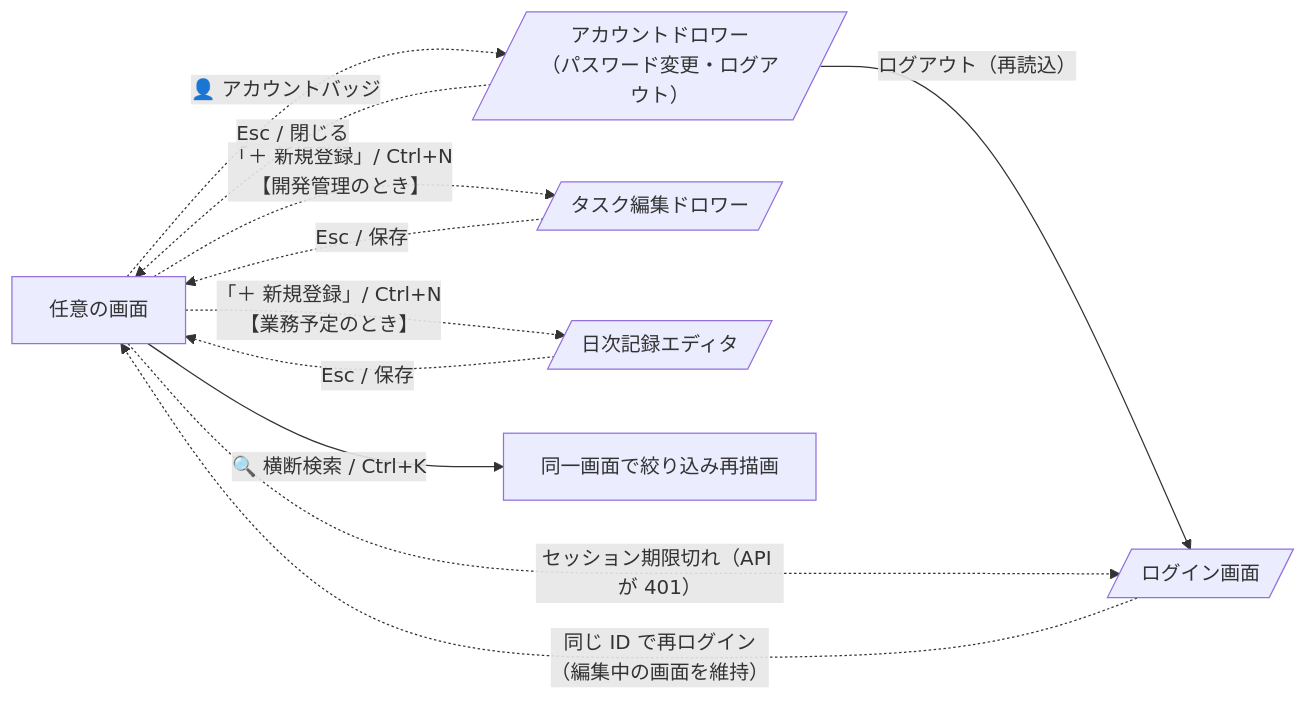
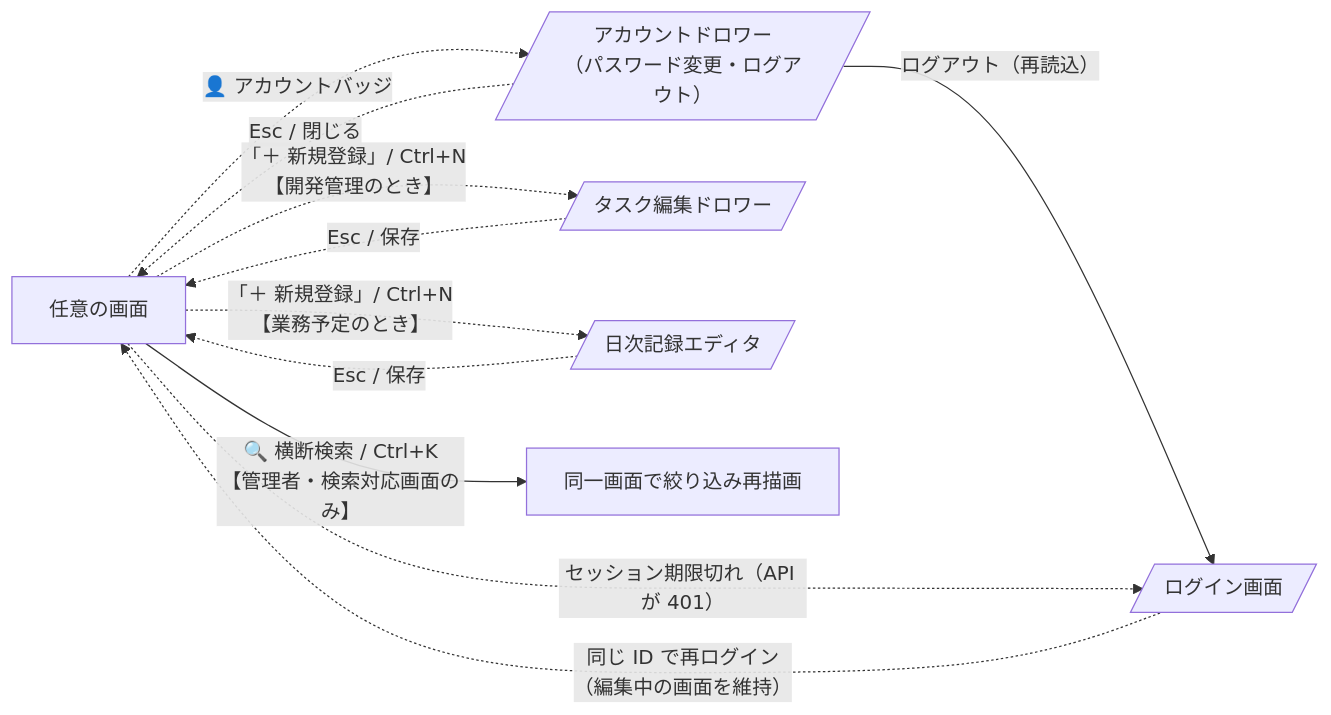
Before and after one commit to okSJ28/management-tool: the sixth of 7 diagrams in docs/画面遷移図.md, drawn with Mermaid. The commit also changed other lines of this file and 10 other files, not shown here.

````diff
--- a/docs/画面遷移図.md
+++ b/docs/画面遷移図.md
@@ -253,20 +255,20 @@
 ```mermaid
 flowchart LR
     ANY["任意の画面"]
     USER[/"アカウントドロワー<br/>（パスワード変更・ログアウト）"/]
     LOGIN[/"ログイン画面"/]
     QADD1[/"タスク編集ドロワー"/]
     QADD2[/"日次記録エディタ"/]
     SEARCH["同一画面で絞り込み再描画"]
 
     ANY -.->|"👤 アカウントバッジ"| USER
     USER -->|"ログアウト（再読込）"| LOGIN
     ANY -.->|"セッション期限切れ（API が 401）"| LOGIN
     LOGIN -.->|"同じ ID で再ログイン<br/>（編集中の画面を維持）"| ANY
-    ANY -->|"🔍 横断検索 / Ctrl+K"| SEARCH
+    ANY -->|"🔍 横断検索 / Ctrl+K<br/>【管理者・検索対応画面のみ】"| SEARCH
     ANY -.->|"「＋ 新規登録」/ Ctrl+N<br/>【開発管理のとき】"| QADD1
     ANY -.->|"「＋ 新規登録」/ Ctrl+N<br/>【業務予定のとき】"| QADD2
     USER -.->|"Esc / 閉じる"| ANY
     QADD1 -.->|"Esc / 保存"| ANY
     QADD2 -.->|"Esc / 保存"| ANY
 ```
````
